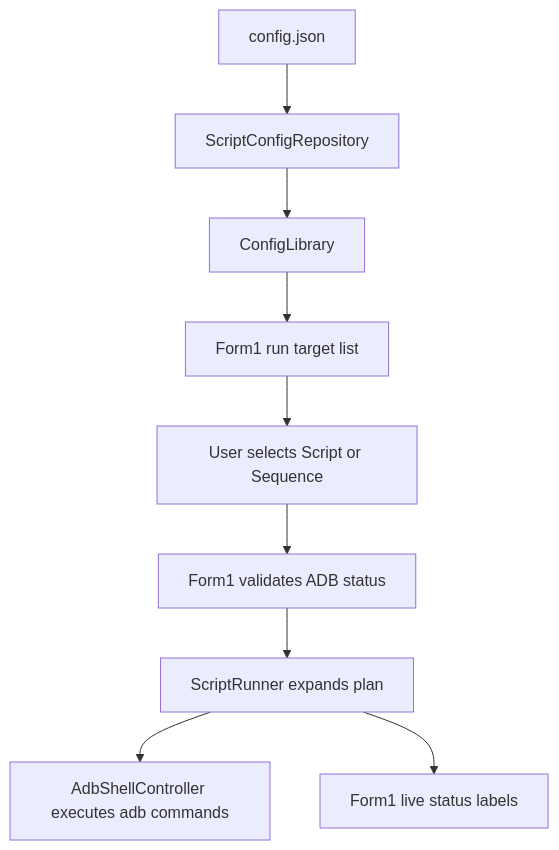
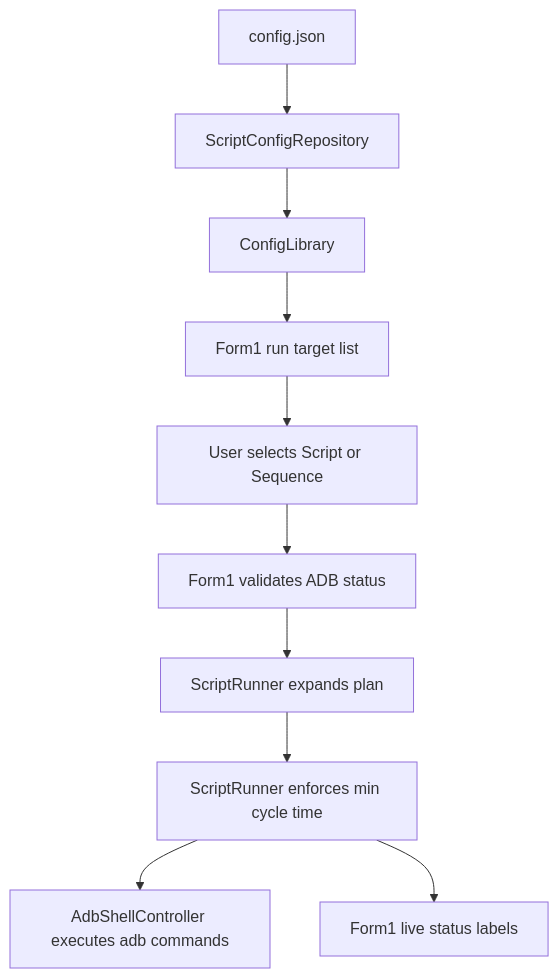
The first of 4 diagrams in docs/ARCHITECTURE.md (okp1988/Lazy_App_Codex_Core), drawn with Mermaid before and after one commit. The commit also changed other lines of this file and 13 other files, not shown here.

First line of the commit message:
Add cycle min time (emin) and backup hotkey support

````diff
--- a/docs/ARCHITECTURE.md
+++ b/docs/ARCHITECTURE.md
@@ -100,11 +100,12 @@
 ```mermaid
 flowchart TD
     A["config.json"] --> B["ScriptConfigRepository"]
     B --> C["ConfigLibrary"]
     C --> D["Form1 run target list"]
     D --> E["User selects Script or Sequence"]
     E --> F["Form1 validates ADB status"]
     F --> G["ScriptRunner expands plan"]
-    G --> H["AdbShellController executes adb commands"]
-    G --> I["Form1 live status labels"]
+    G --> H["ScriptRunner enforces min cycle time"]
+    H --> I["AdbShellController executes adb commands"]
+    H --> J["Form1 live status labels"]
 ```
````
